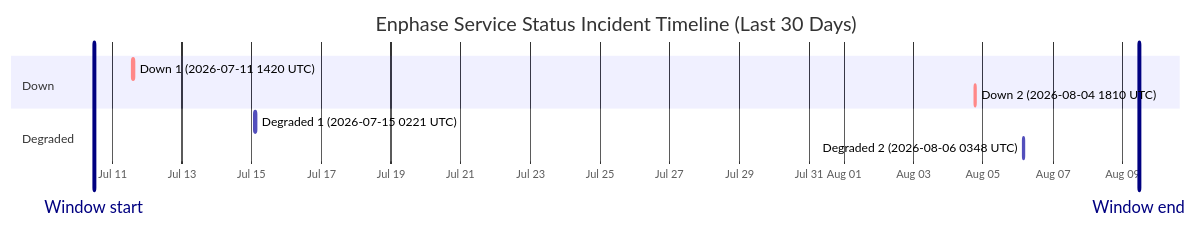
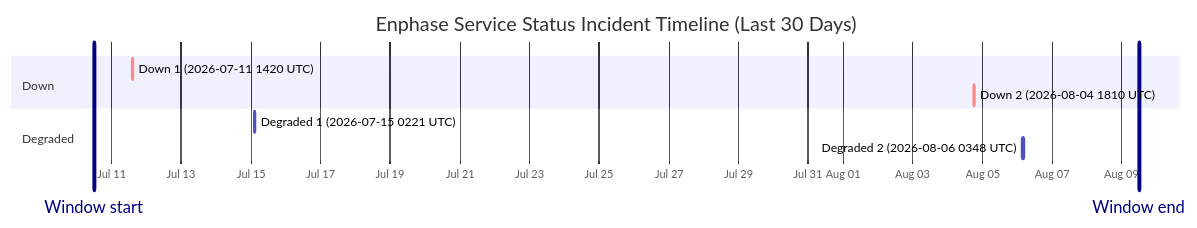
Before and after one commit to barneyonline/ha-enphase-energy: the diagram in wiki/Service-Status-History.md, drawn with Mermaid. The commit also changed other lines of this file and 3 other files, not shown here.

````diff
--- a/wiki/Service-Status-History.md
+++ b/wiki/Service-Status-History.md
@@ -14,14 +14,14 @@
 ```mermaid
 gantt
     title Enphase Service Status Incident Timeline (Last 30 Days)
     dateFormat  YYYY-MM-DDTHH:mm:ss
     axisFormat  %b %d
-    Window start :vert, window-start, 2026-07-10T11:26:49, 0ms
-    Window end :vert, window-end, 2026-08-09T11:26:49, 0ms
+    Window start :vert, window-start, 2026-07-10T11:55:46, 0ms
+    Window end :vert, window-end, 2026-08-09T11:55:46, 0ms
     section Down
     Down 1 (2026-07-11 1420 UTC) :crit, down-1, 2026-07-11T14:20:54, 69m
     Down 2 (2026-08-04 1810 UTC) :crit, down-2, 2026-08-04T18:10:46, 60m
     section Degraded
     Degraded 1 (2026-07-15 0221 UTC) :active, degraded-1, 2026-07-15T02:21:35, 60m
     Degraded 2 (2026-08-06 0348 UTC) :active, degraded-2, 2026-08-06T03:48:14, 60m
 ```
````
